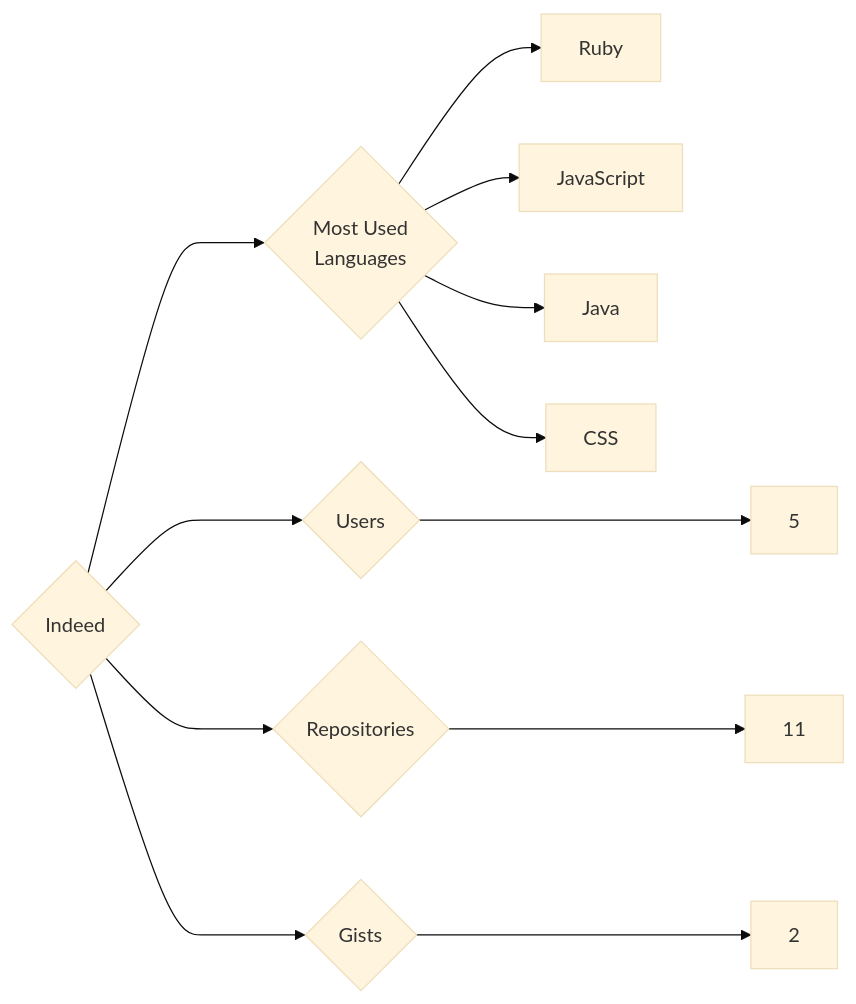
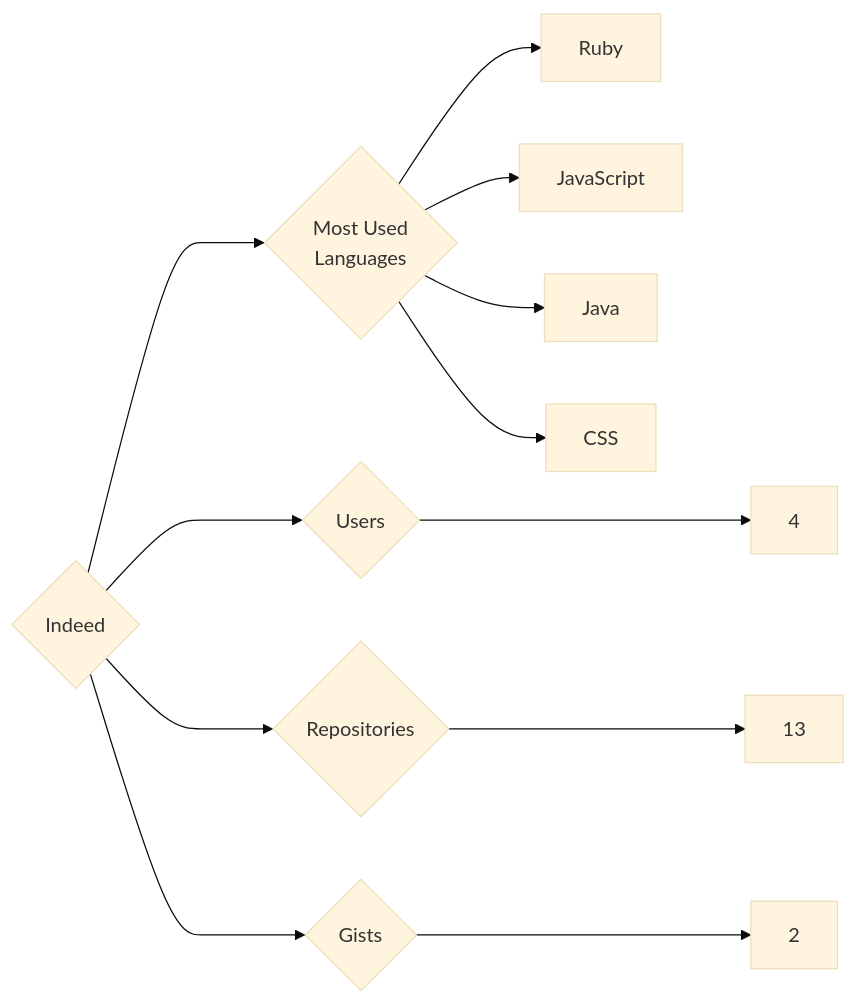
Before and after one commit to trickest/insiders: the diagram in targets/Indeed/README.md, drawn with Mermaid (base theme). The commit also changed 1020 other files, not shown here.

````diff
--- a/targets/Indeed/README.md
+++ b/targets/Indeed/README.md
@@ -3,12 +3,12 @@
 ```mermaid
 graph LR
 COMPANY_NAME{Indeed}
-COMPANY_NAME ---> U{Users} ---> UN[5]
-COMPANY_NAME ---> R{Repositories} ---> RN[11]
+COMPANY_NAME ---> U{Users} ---> UN[4]
+COMPANY_NAME ---> R{Repositories} ---> RN[13]
 COMPANY_NAME ---> G{Gists} ---> GN[2]
 COMPANY_NAME ---> ML{Most Used<br>Languages}
 ML --> Ruby[Ruby]
 ML --> JavaScript[JavaScript]
 ML --> Java[Java]
 ML --> CSS[CSS]
 ```
````
